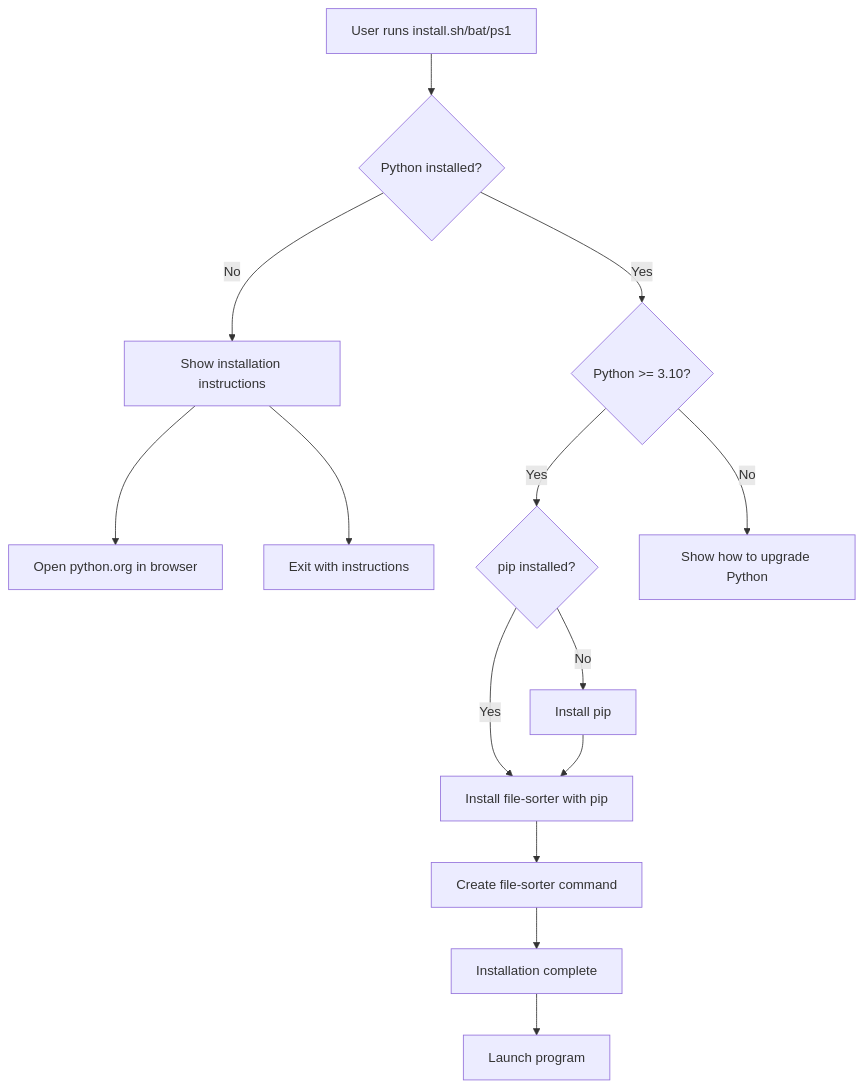
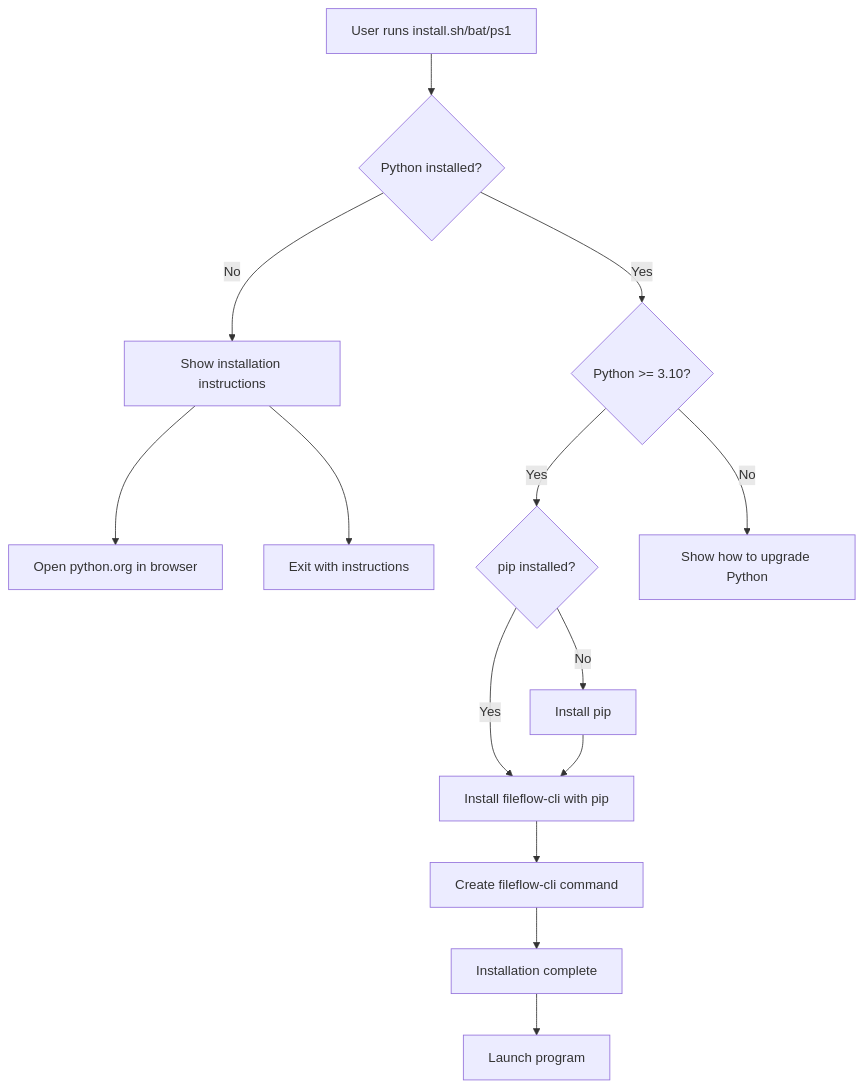
One commit to Kalvisan/fileflow-cli changed the second of 2 diagrams in PLAN.md. Above: the diagram before and after it, drawn with Mermaid. The commit also changed other lines of this file and 2 other files, not shown here.

Commit message:
Rename project from "File Sorter" to "FileFlowCLI" across all documentation and code files. Update project structure, entry points, and configuration paths accordingly. Ensure consistency in naming conventions and references throughout the development plan, README, and other related files.

````diff
--- a/PLAN.md
+++ b/PLAN.md
@@ -1436,16 +1436,16 @@
 ```mermaid
 flowchart TD
     Start[User runs install.sh/bat/ps1] --> CheckPython{Python installed?}
     CheckPython -->|Yes| CheckVersion{Python >= 3.10?}
     CheckPython -->|No| ShowGuide[Show installation instructions]
     ShowGuide --> OpenBrowser[Open python.org in browser]
     ShowGuide --> Exit[Exit with instructions]
     CheckVersion -->|Yes| CheckPip{pip installed?}
     CheckVersion -->|No| ShowUpgrade[Show how to upgrade Python]
-    CheckPip -->|Yes| InstallPackage[Install file-sorter with pip]
+    CheckPip -->|Yes| InstallPackage[Install fileflow-cli with pip]
     CheckPip -->|No| InstallPip[Install pip]
     InstallPip --> InstallPackage
-    InstallPackage --> CreateCommand[Create file-sorter command]
+    InstallPackage --> CreateCommand[Create fileflow-cli command]
     CreateCommand --> Success[Installation complete]
     Success --> RunApp[Launch program]
 ```
````
